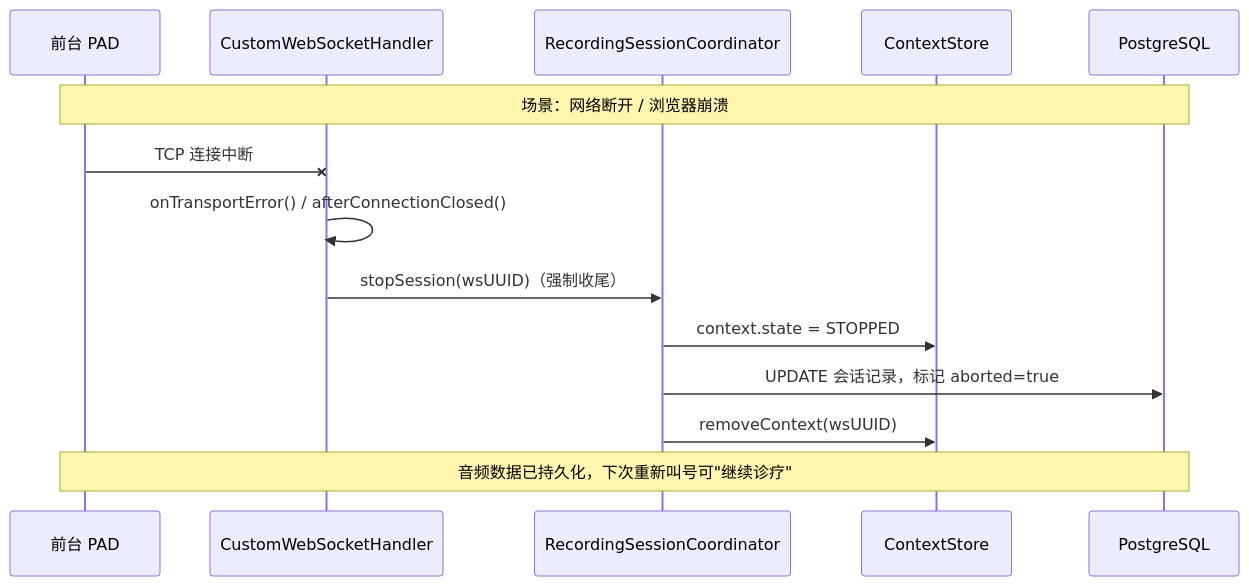
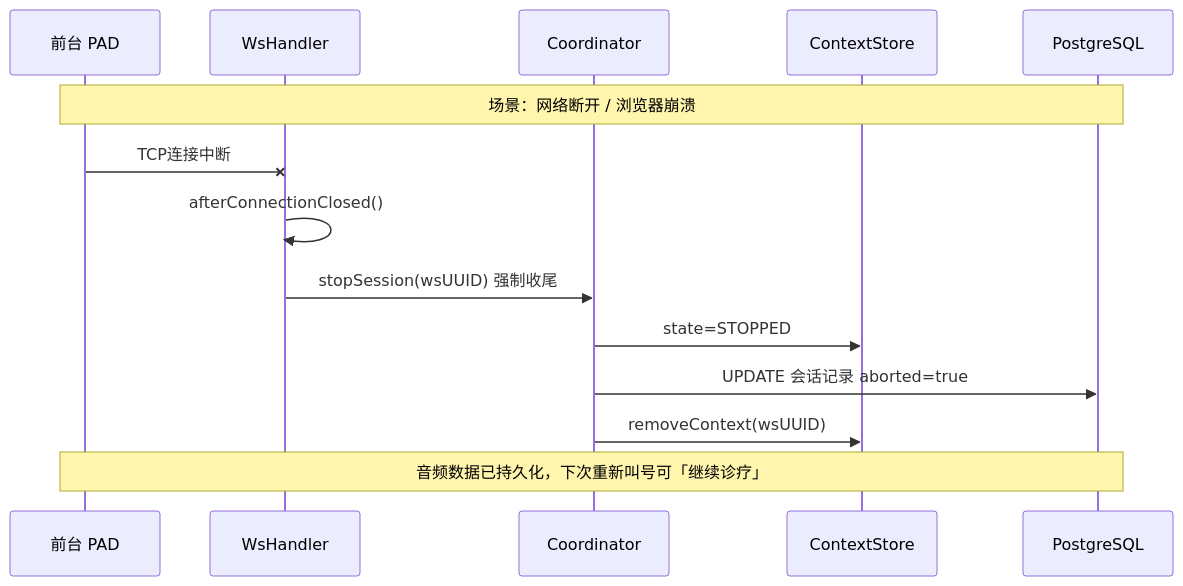
The third of 4 diagrams in uml/goodsop/v1.5-recording/pad-recording.md (Gamehu/pictures-bed), drawn with Mermaid before and after one commit. The commit also changed other lines of this file and 2 other files, not shown here.

First line of the commit message:
fix: 修复 Mermaid 架构图渲染问题

````diff
--- a/uml/goodsop/v1.5-recording/pad-recording.md
+++ b/uml/goodsop/v1.5-recording/pad-recording.md
@@ -148,17 +153,17 @@
 ```mermaid
 sequenceDiagram
     participant PAD as 前台 PAD
-    participant Handler as CustomWebSocketHandler
-    participant Coord as RecordingSessionCoordinator
+    participant Handler as WsHandler
+    participant Coord as Coordinator
     participant Store as ContextStore
     participant DB as PostgreSQL
 
     Note over PAD,DB: 场景：网络断开 / 浏览器崩溃
-    PAD -x Handler: TCP 连接中断
-    Handler ->> Handler: onTransportError() / afterConnectionClosed()
-    Handler ->> Coord: stopSession(wsUUID)（强制收尾）
-    Coord ->> Store: context.state = STOPPED
-    Coord ->> DB: UPDATE 会话记录，标记 aborted=true
+    PAD -x Handler: TCP连接中断
+    Handler ->> Handler: afterConnectionClosed()
+    Handler ->> Coord: stopSession(wsUUID) 强制收尾
+    Coord ->> Store: state=STOPPED
+    Coord ->> DB: UPDATE 会话记录 aborted=true
     Coord ->> Store: removeContext(wsUUID)
-    Note over PAD,DB: 音频数据已持久化，下次重新叫号可"继续诊疗"
+    Note over PAD,DB: 音频数据已持久化，下次重新叫号可「继续诊疗」
 ```
````
